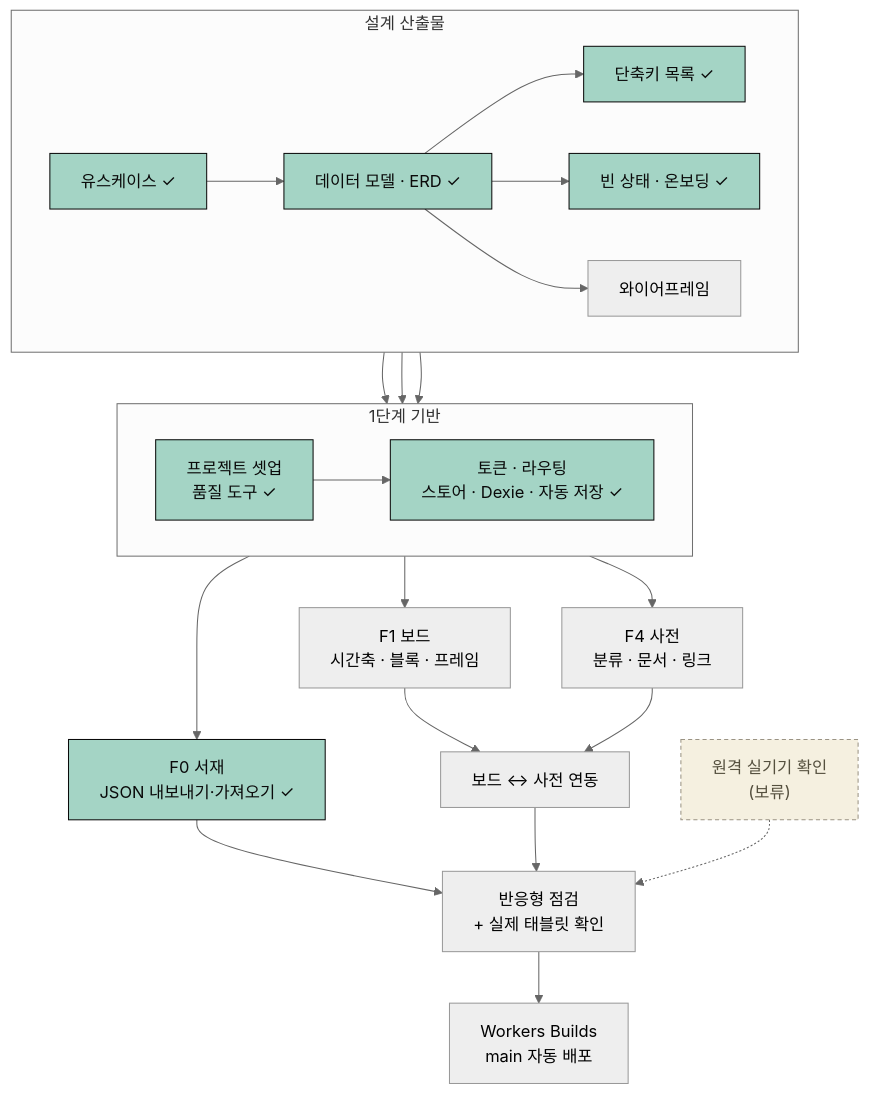
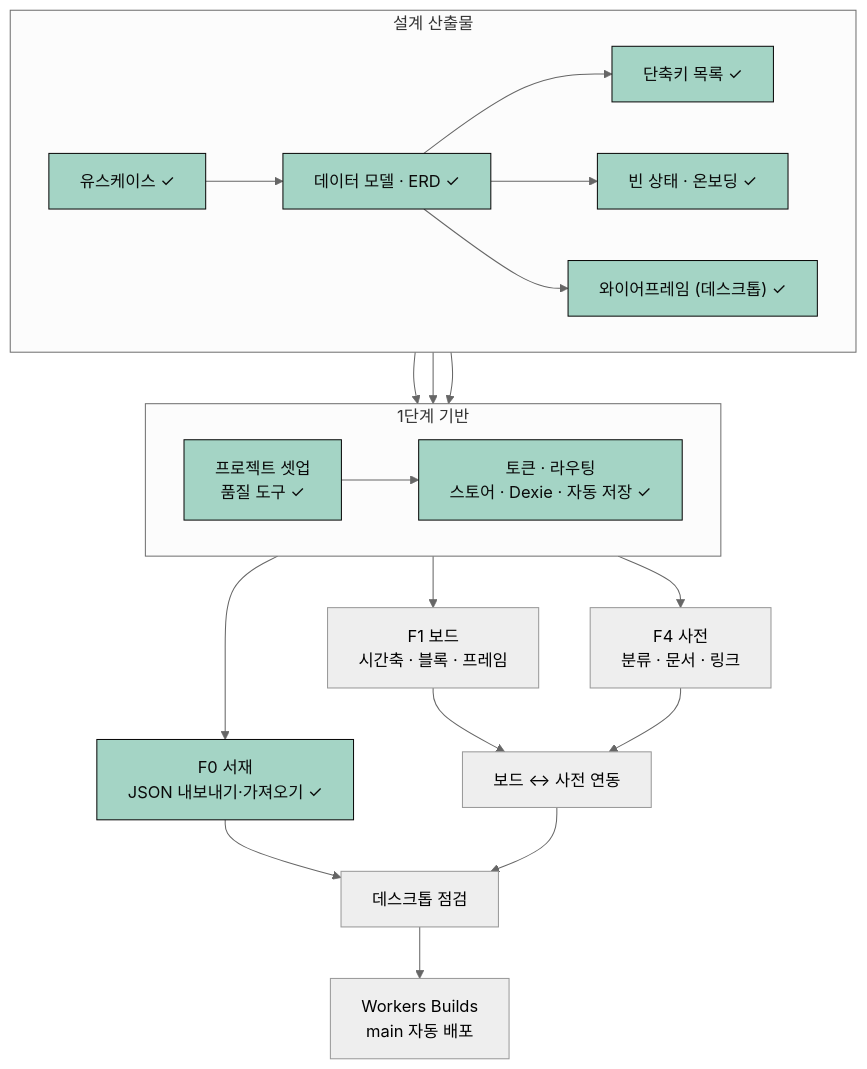
The diagram in docs/TODO.md (kty2001/NovelStory), drawn with Mermaid (neutral theme) before and after one commit. The commit also changed other lines of this file and 1 other file, not shown here.

Commit message:
docs: 태블릿·모바일 MVP 이후로 연기

````diff
--- a/docs/TODO.md
+++ b/docs/TODO.md
@@ -5,32 +5,30 @@
 ```mermaid
 %%{init: {"flowchart": {"wrappingWidth": 320}}}%%
 flowchart TB
     subgraph DESIGN["설계 산출물"]
         direction LR
         UC["유스케이스 ✓"]:::done --> DM["데이터 모델 · ERD ✓"]:::done
         DM --> SC["단축키 목록 ✓"]:::done
         DM --> ON["빈 상태 · 온보딩 ✓"]:::done
-        DM --> WF["와이어프레임"]
+        DM --> WF["와이어프레임 (데스크톱) ✓"]:::done
     end
 
     subgraph BASE["1단계 기반"]
         direction LR
         SETUP["프로젝트 셋업<br/>품질 도구 ✓"]:::done --> CORE["토큰 · 라우팅<br/>스토어 · Dexie · 자동 저장 ✓"]:::done
     end
 
     SC --> SETUP
     ON --> SETUP
     WF --> SETUP
     CORE --> F0["F0 서재<br/>JSON 내보내기·가져오기 ✓"]:::done
     CORE --> F1["F1 보드<br/>시간축 · 블록 · 프레임"]
     CORE --> F4["F4 사전<br/>분류 · 문서 · 링크"]
     F1 --> LINK["보드 ↔ 사전 연동"]
     F4 --> LINK
-    F0 --> QA["반응형 점검<br/>+ 실제 태블릿 확인"]
+    F0 --> QA["데스크톱 점검"]
     LINK --> QA
-    REMOTE["원격 실기기 확인<br/>(보류)"]:::hold -.-> QA
     QA --> DEPLOY["Workers Builds<br/>main 자동 배포"]
 
     classDef done fill:#a4d4c5,stroke:#0a0a0a,color:#0a0a0a
-    classDef hold fill:#f5f0e0,stroke:#9a9384,color:#55503f,stroke-dasharray:4 3
 ```
````
